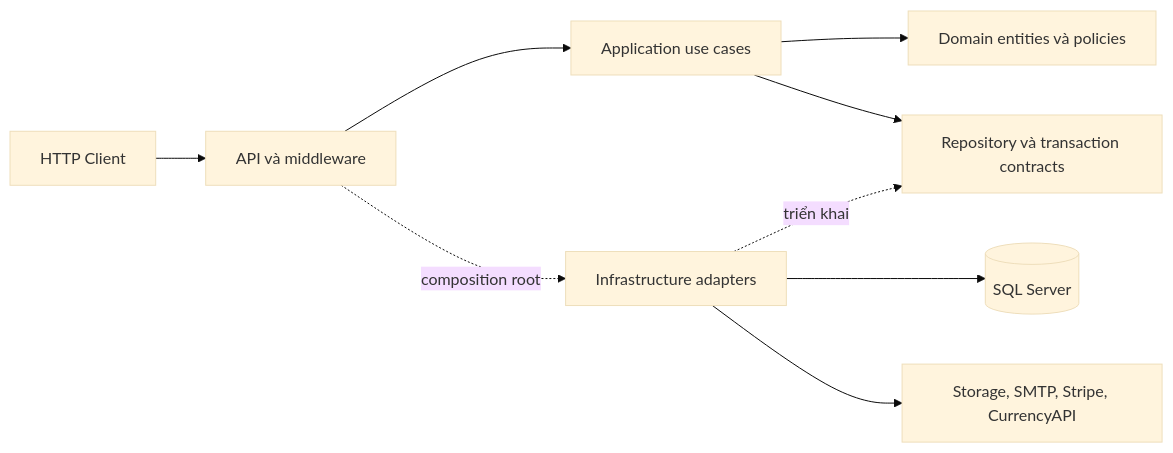
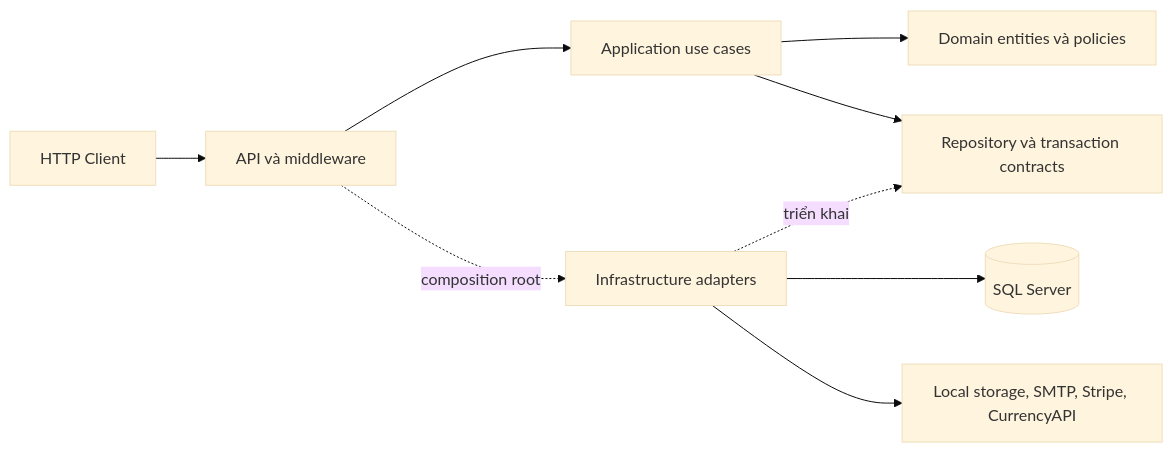
The diagram in README.md (Giapnocap/ECommerceBackend), drawn with Mermaid (base theme) before and after one commit. The commit also changed other lines of this file and 1 other file, not shown here.

````diff
--- a/README.md
+++ b/README.md
@@ -79,11 +75,11 @@
 ```mermaid
 flowchart LR
     Client[HTTP Client] --> API[API và middleware]
     API --> Application[Application use cases]
     Application --> Domain[Domain entities và policies]
     Application --> Contracts[Repository và transaction contracts]
     Infrastructure[Infrastructure adapters] -. triển khai .-> Contracts
     Infrastructure --> Database[(SQL Server)]
-    Infrastructure --> External[Storage, SMTP, Stripe, CurrencyAPI]
+    Infrastructure --> External[Local storage, SMTP, Stripe, CurrencyAPI]
     API -. composition root .-> Infrastructure
 ```
````
